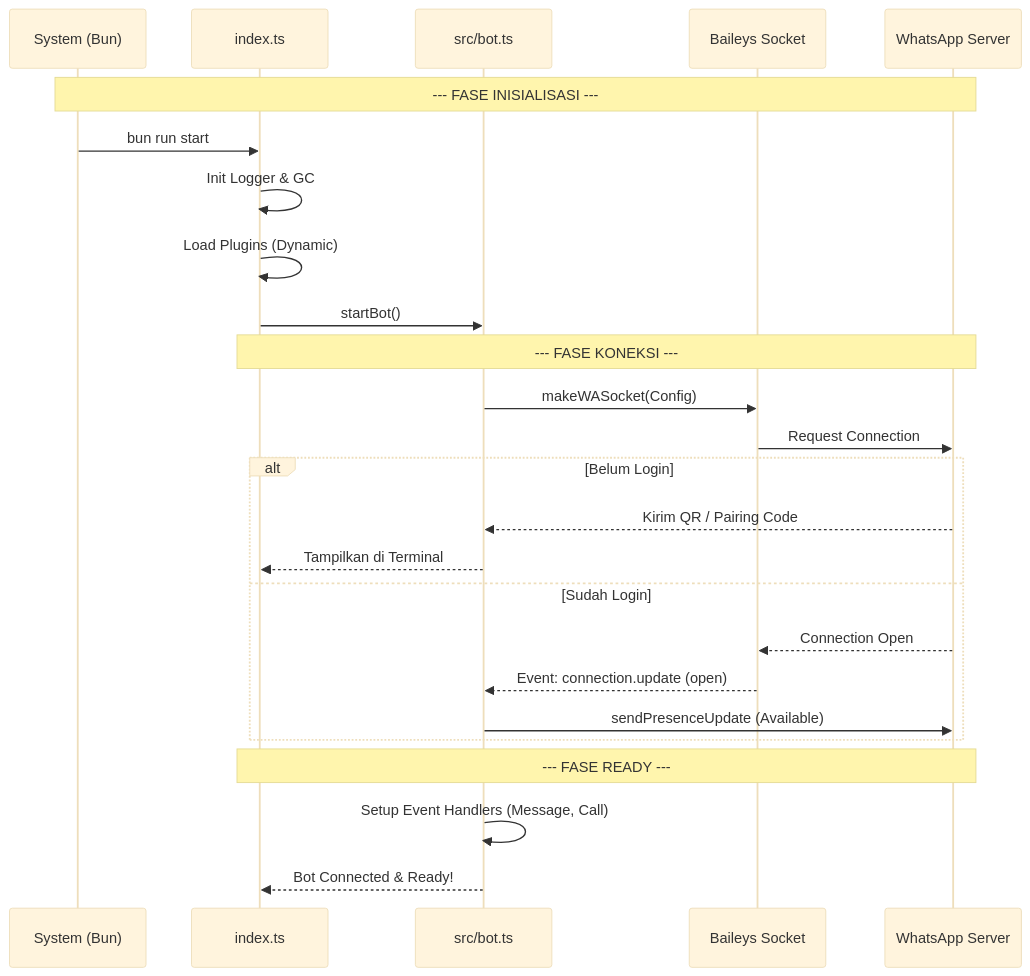
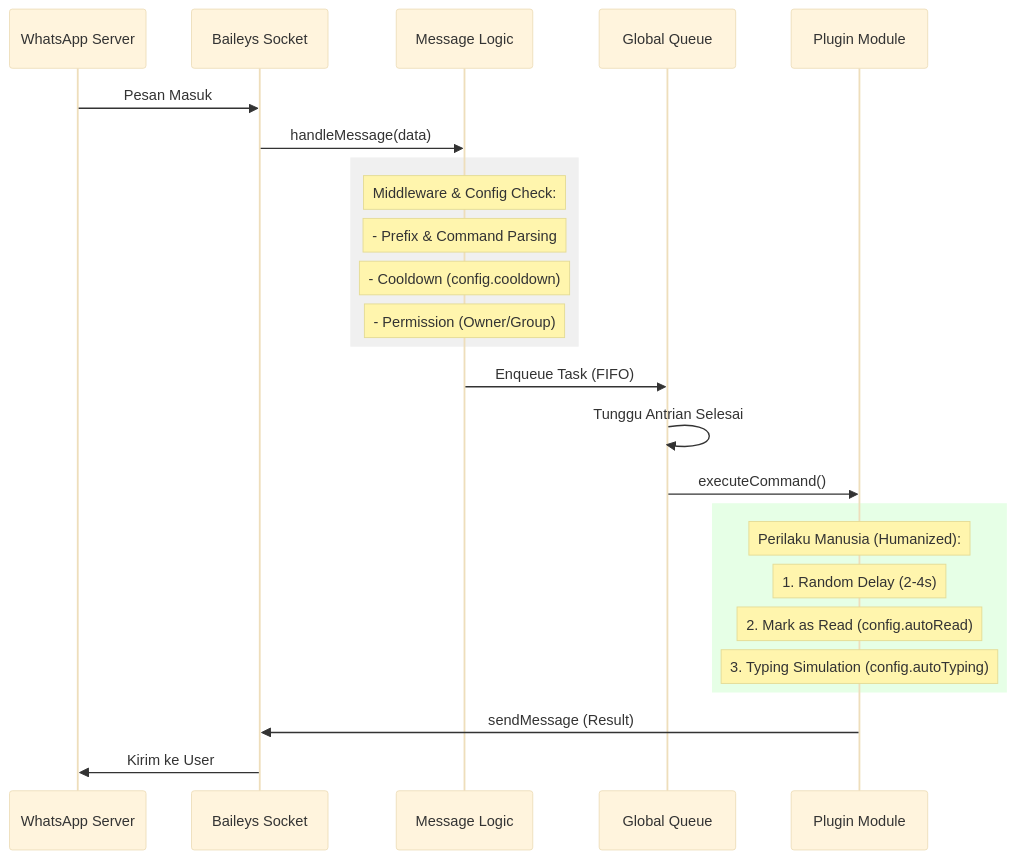
Before and after one commit to vanes430/botwa: the diagram in README.md, drawn with Mermaid (base theme). The commit also changed other lines of this file, not shown here.

Commit message:
docs: add humanized behavior, config usage, and plugin system details

````diff
--- a/README.md
+++ b/README.md
@@ -72,30 +72,33 @@
 ```mermaid
 sequenceDiagram
-    participant OS as System (Bun)
-    participant Entry as index.ts
-    participant Bot as src/bot.ts
+    participant WA as WhatsApp Server
     participant Socket as Baileys Socket
-    participant WA as WhatsApp Server
+    participant Logic as Message Logic
+    participant Queue as Global Queue
+    participant Plugin as Plugin Module
 
-    Note over OS, WA: --- FASE INISIALISASI ---
-    OS->>Entry: bun run start
-    Entry->>Entry: Init Logger & GC
-    Entry->>Entry: Load Plugins (Dynamic)
-    Entry->>Bot: startBot()
-
-    Note over Entry, WA: --- FASE KONEKSI ---
-    Bot->>Socket: makeWASocket(Config)
-    Socket->>WA: Request Connection
-    alt Belum Login
-        WA-->>Bot: Kirim QR / Pairing Code
-        Bot-->>Entry: Tampilkan di Terminal
-    else Sudah Login
-        WA-->>Socket: Connection Open
-        Socket-->>Bot: Event: connection.update (open)
-        Bot->>WA: sendPresenceUpdate (Available)
+    WA->>Socket: Pesan Masuk
+    Socket->>Logic: handleMessage(data)
+    
+    rect rgb(240, 240, 240)
+        Note over Logic: Middleware & Config Check:
+        Note over Logic: - Prefix & Command Parsing
+        Note over Logic: - Cooldown (config.cooldown)
+        Note over Logic: - Permission (Owner/Group)
     end
 
-    Note over Entry, WA: --- FASE READY ---
-    Bot->>Bot: Setup Event Handlers (Message, Call)
-    Bot-->>Entry: Bot Connected & Ready!
+    Logic->>Queue: Enqueue Task (FIFO)
+    Queue->>Queue: Tunggu Antrian Selesai
+    
+    Queue->>Plugin: executeCommand()
+
+    rect rgb(230, 255, 230)
+        Note over Plugin: Perilaku Manusia (Humanized):
+        Note over Plugin: 1. Random Delay (2-4s)
+        Note over Plugin: 2. Mark as Read (config.autoRead)
+        Note over Plugin: 3. Typing Simulation (config.autoTyping)
+    end
+
+    Plugin->>Socket: sendMessage (Result)
+    Socket->>WA: Kirim ke User
 ```
````
